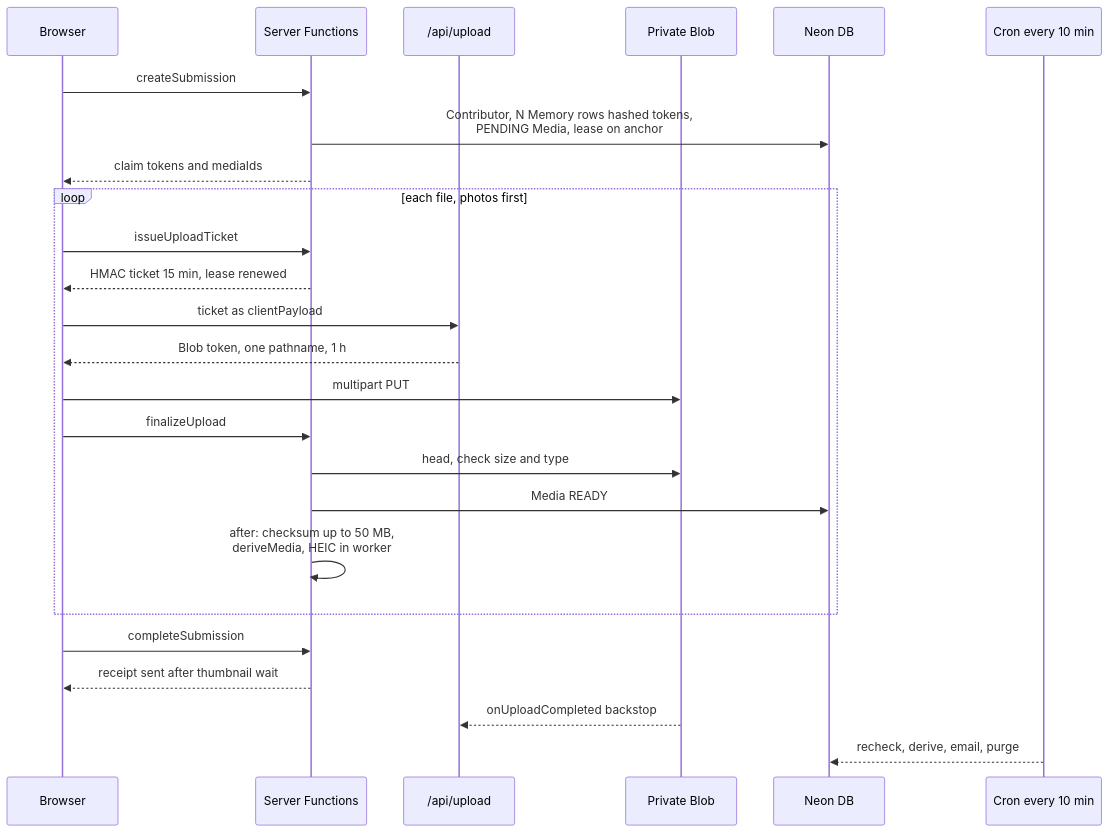
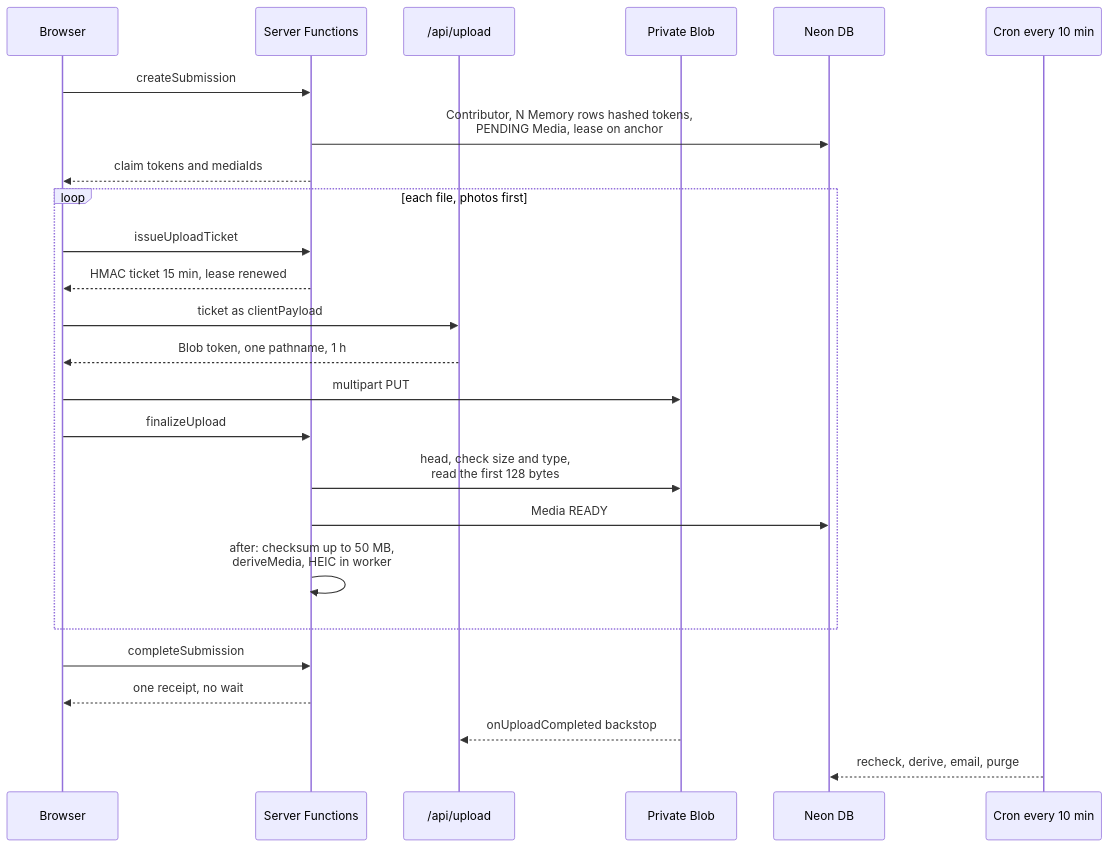
One commit to RobertdWray/jowray_com changed the diagram in docs/features/media-uploads.md. Above: the diagram before and after it, drawn with Mermaid. The commit also changed other lines of this file and 6 other files, not shown here.

````diff
--- a/docs/features/media-uploads.md
+++ b/docs/features/media-uploads.md
@@ -43,27 +44,27 @@
 ```mermaid
 sequenceDiagram
   participant B as Browser
   participant S as Server Functions
   participant U as /api/upload
   participant Blob as Private Blob
   participant DB as Neon DB
   participant C as Cron every 10 min
   B->>S: createSubmission
   S->>DB: Contributor, N Memory rows hashed tokens,<br/>PENDING Media, lease on anchor
   S-->>B: claim tokens and mediaIds
   loop each file, photos first
     B->>S: issueUploadTicket
     S-->>B: HMAC ticket 15 min, lease renewed
     B->>U: ticket as clientPayload
     U-->>B: Blob token, one pathname, 1 h
     B->>Blob: multipart PUT
     B->>S: finalizeUpload
-    S->>Blob: head, check size and type
+    S->>Blob: head, check size and type,<br/>read the first 128 bytes
     S->>DB: Media READY
     S->>S: after: checksum up to 50 MB,<br/>deriveMedia, HEIC in worker
   end
   B->>S: completeSubmission
-  S-->>B: receipt sent after thumbnail wait
+  S-->>B: one receipt, no wait
   Blob-->>U: onUploadCompleted backstop
   C-->>DB: recheck, derive, email, purge
 ```
````
